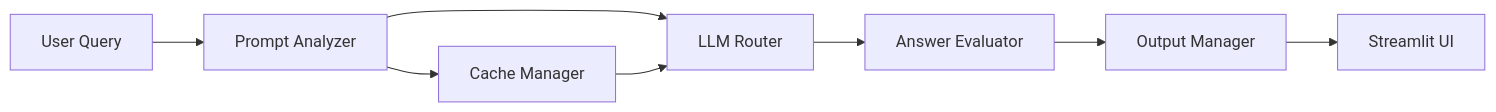
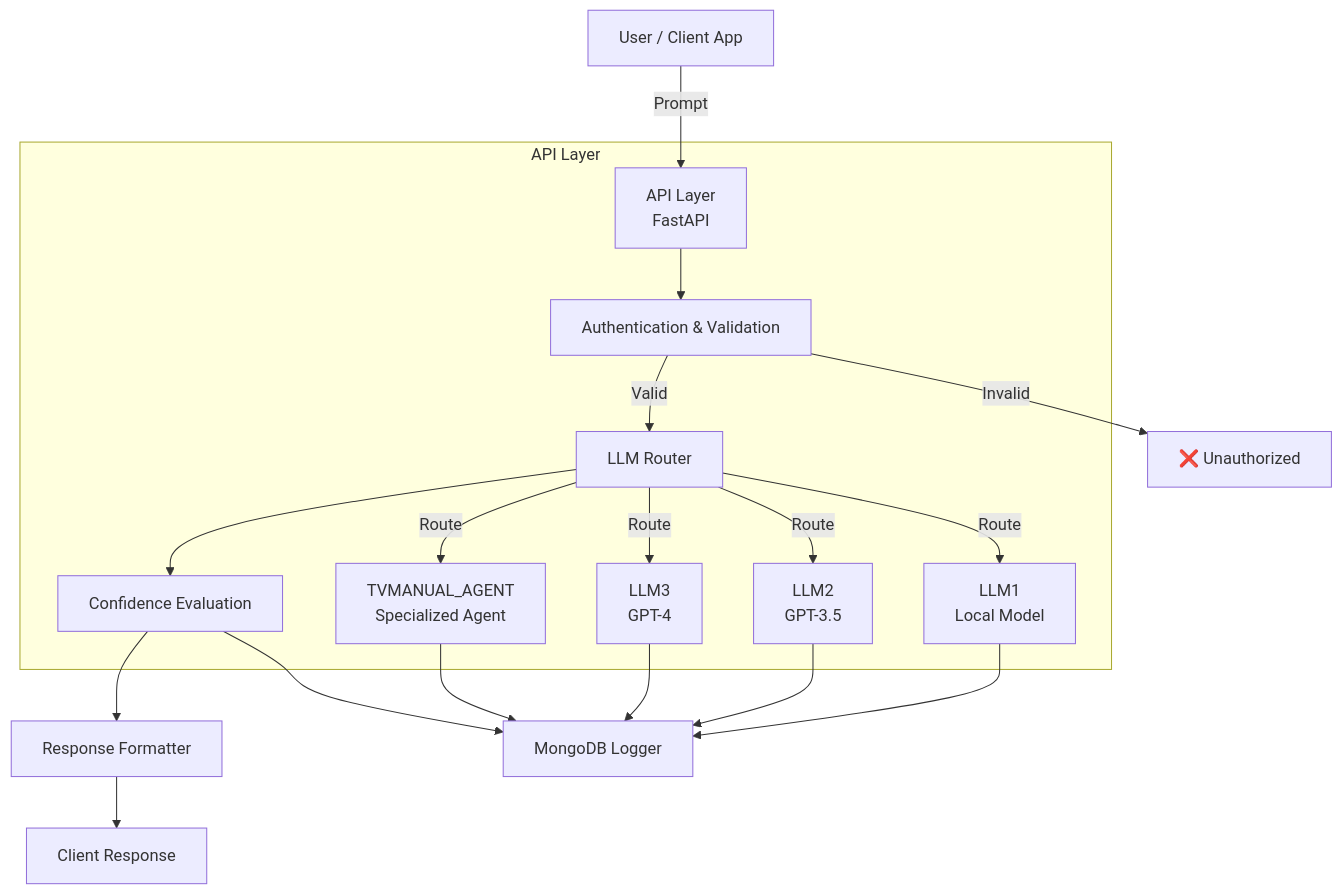
Before and after one commit to yana-g/bridge-ai: the diagram in README.md, drawn with Mermaid. The commit also changed other lines of this file and 1 other file, not shown here.

````diff
--- a/README.md
+++ b/README.md
@@ -48,10 +41,20 @@
 ```mermaid
-graph LR
-    A[User Query] --> B[Prompt Analyzer]
-    B --> C[Cache Manager]
-    B --> D[LLM Router]
-    C --> D
-    D --> E[Answer Evaluator]
-    E --> F[Output Manager]
-    F --> G[Streamlit UI]
+flowchart TD
+    A[User / Client App] -->|Prompt| B[API Layer<br>FastAPI]
+    subgraph API Layer
+        B --> C[Authentication & Validation]
+        C -->|Valid| D[LLM Router]
+        D -->|Route| E1[LLM1<br>Local Model]
+        D -->|Route| E2[LLM2<br>GPT-3.5]
+        D -->|Route| E3[LLM3<br>GPT-4]
+        D -->|Route| E4[TVMANUAL_AGENT<br>Specialized Agent]
+        D --> F[Confidence Evaluation]
+    end
+
+    F --> G[Response Formatter]
+    G --> H[Client Response]
+
+    C -->|Invalid| X[❌ Unauthorized]
+    E1 & E2 & E3 & E4 --> Y[MongoDB Logger]
+    F --> Y
 ```
````
